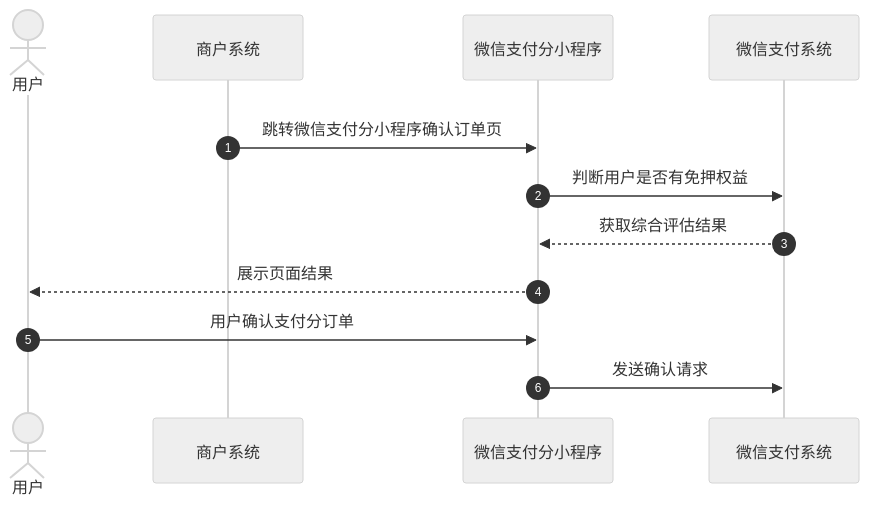
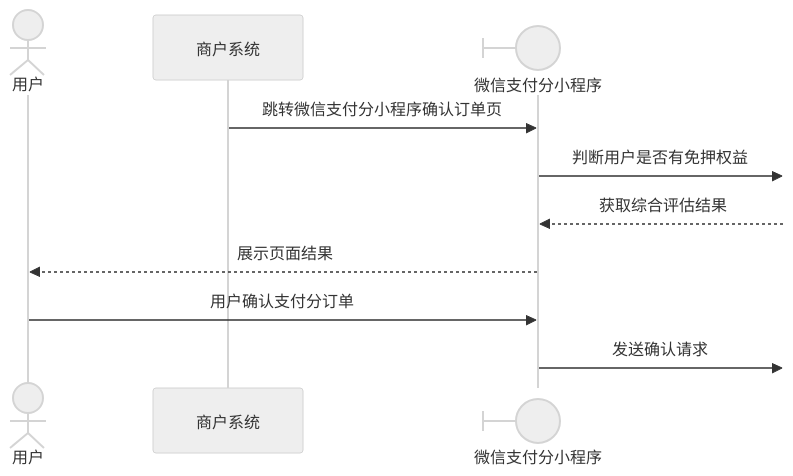
One commit to minibear2021/wechatpay_docs changed the second of 5 diagrams in docs/partner/pages/4012586134.md. Above: the diagram before and after it, drawn with Mermaid (neutral theme). The commit also changed other lines of this file and 793 other files, not shown here.

````diff
--- a/docs/partner/pages/4012586134.md
+++ b/docs/partner/pages/4012586134.md
@@ -89,17 +87,15 @@
 ```mermaid
 sequenceDiagram
-    rect rgb(255,255,255)
-        autonumber
+
         actor User as 用户
         participant Mch as 商户系统
-        participant WxPay as 微信支付分小程序
-        participant WxPay2 as 微信支付系统
+        participant WxPay@{ type: boundary } as 微信支付分小程序
+        participant WxPay2@{ type: secondaryActor } as 微信支付系统
 
         Mch->>WxPay: 跳转微信支付分小程序确认订单页
         WxPay->>WxPay2: 判断用户是否有免押权益
         WxPay2-->>WxPay: 获取综合评估结果
         WxPay-->>User: 展示页面结果
         User->>WxPay: 用户确认支付分订单
         WxPay->>WxPay2: 发送确认请求
-    end
 ```
````
